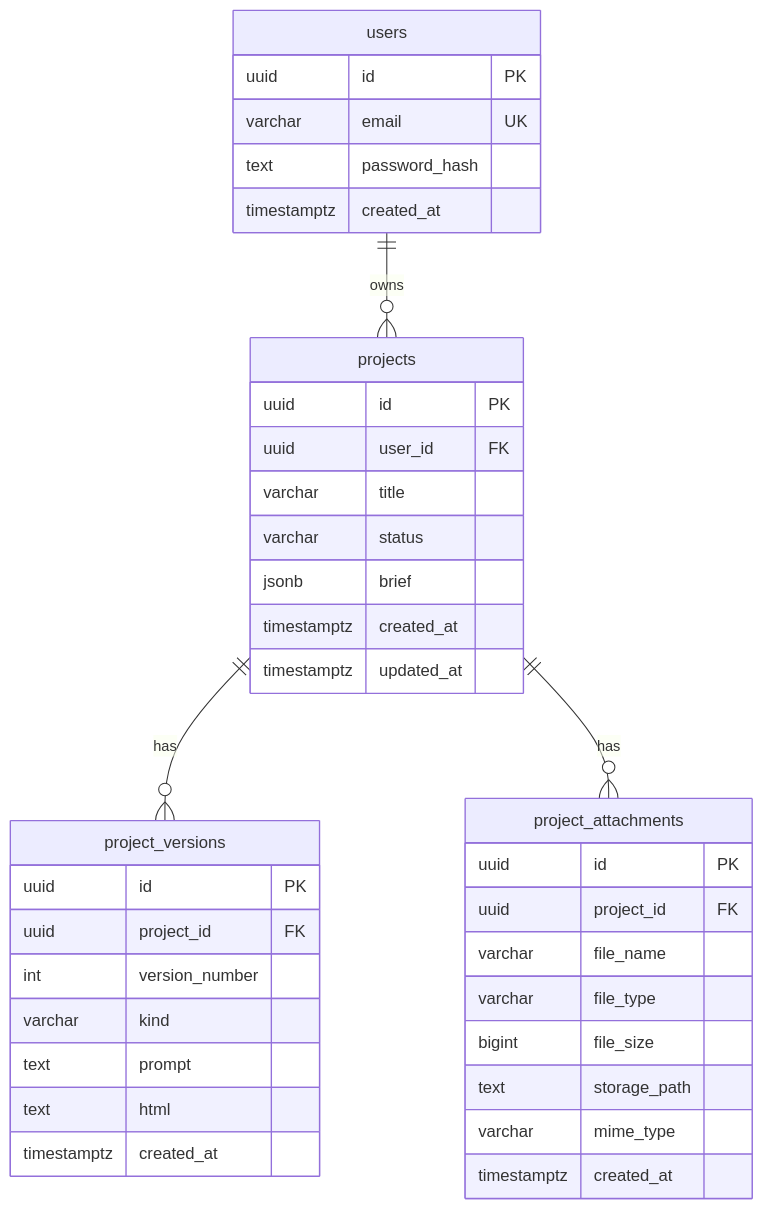
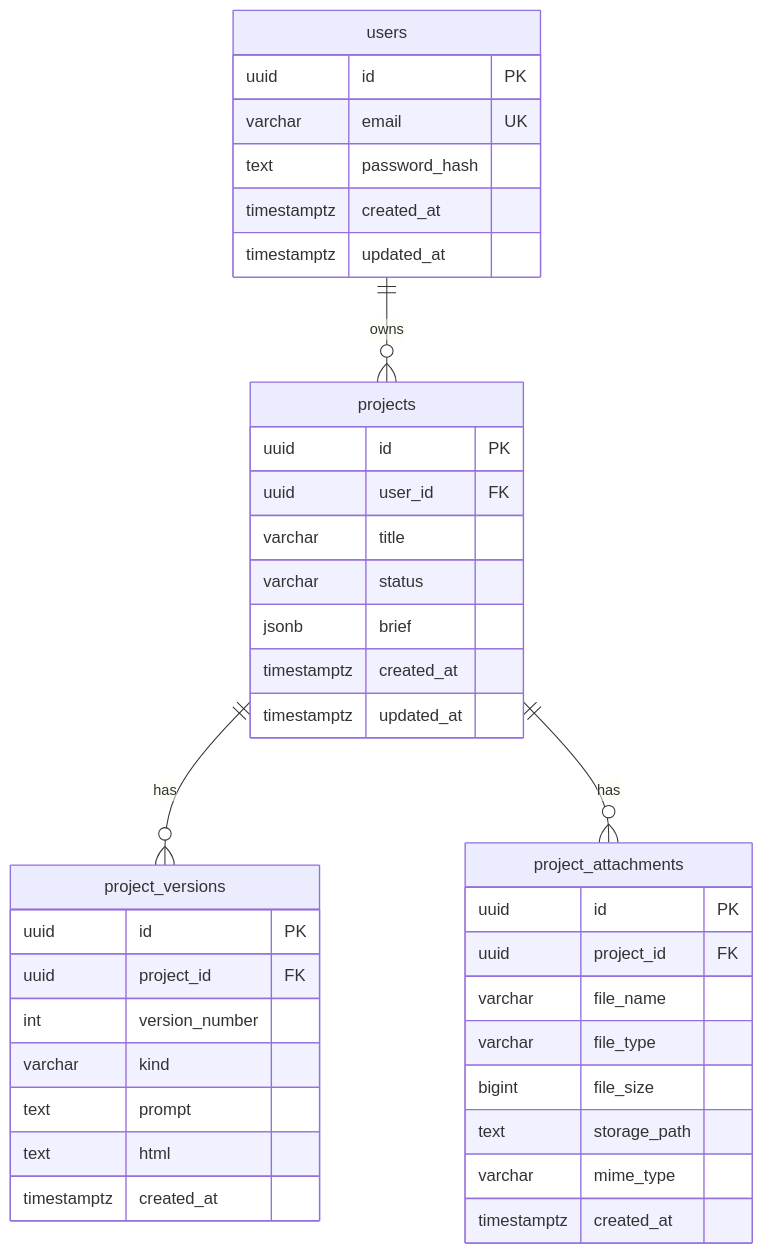
The third of 3 diagrams in docs/architecture.md (Abshoor24/NusaAI-BE), drawn with Mermaid before and after one commit. The commit also changed other lines of this file and 3 other files, not shown here.

Commit message:
docs: Update API and architecture documentation for clarity and accuracy

````diff
--- a/docs/architecture.md
+++ b/docs/architecture.md
@@ -314,44 +316,45 @@
 ```mermaid
 erDiagram
     users ||--o{ projects : "owns"
     projects ||--o{ project_versions : "has"
     projects ||--o{ project_attachments : "has"
 
     users {
         uuid id PK
         varchar email UK
         text password_hash
         timestamptz created_at
+        timestamptz updated_at
     }
 
     projects {
         uuid id PK
         uuid user_id FK
         varchar title
         varchar status
         jsonb brief
         timestamptz created_at
         timestamptz updated_at
     }
 
     project_versions {
         uuid id PK
         uuid project_id FK
         int version_number
         varchar kind
         text prompt
         text html
         timestamptz created_at
     }
 
     project_attachments {
         uuid id PK
         uuid project_id FK
         varchar file_name
         varchar file_type
         bigint file_size
         text storage_path
         varchar mime_type
         timestamptz created_at
     }
 ```
````
